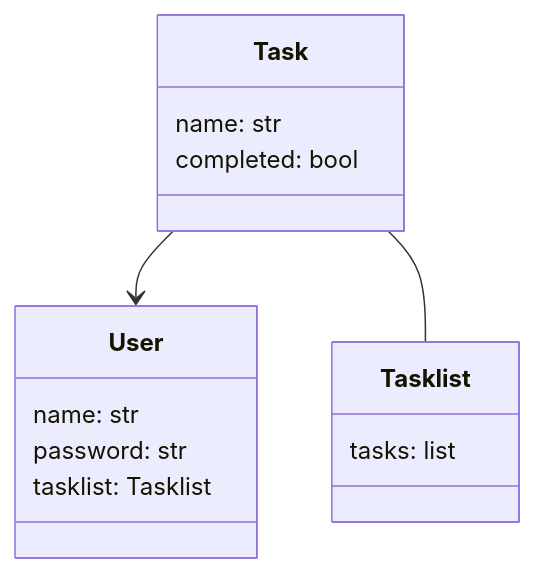
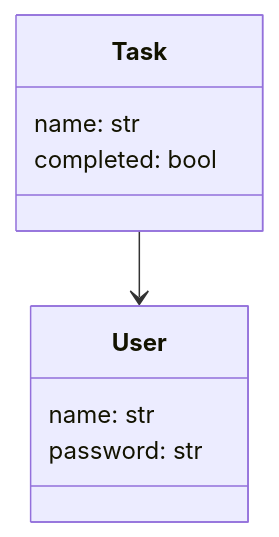
Before and after one commit to Yusuboy/TODO-APP: the first of 2 diagrams in dokumentaatio/arkkitehtuuri.md, drawn with Mermaid. The commit also changed other lines of this file and 14 other files, not shown here.

````diff
--- a/dokumentaatio/arkkitehtuuri.md
+++ b/dokumentaatio/arkkitehtuuri.md
@@ -22,17 +22,15 @@
 ```mermaid
  classDiagram
       Task  -->  User
-      Task -- Tasklist
+      
+      
       class User{
           name: str
           password: str
-          tasklist: Tasklist
       }
       class Task{
           name: str
           completed: bool
       }
-      class Tasklist {
-        tasks: list
-      }
+      
 ```
````
